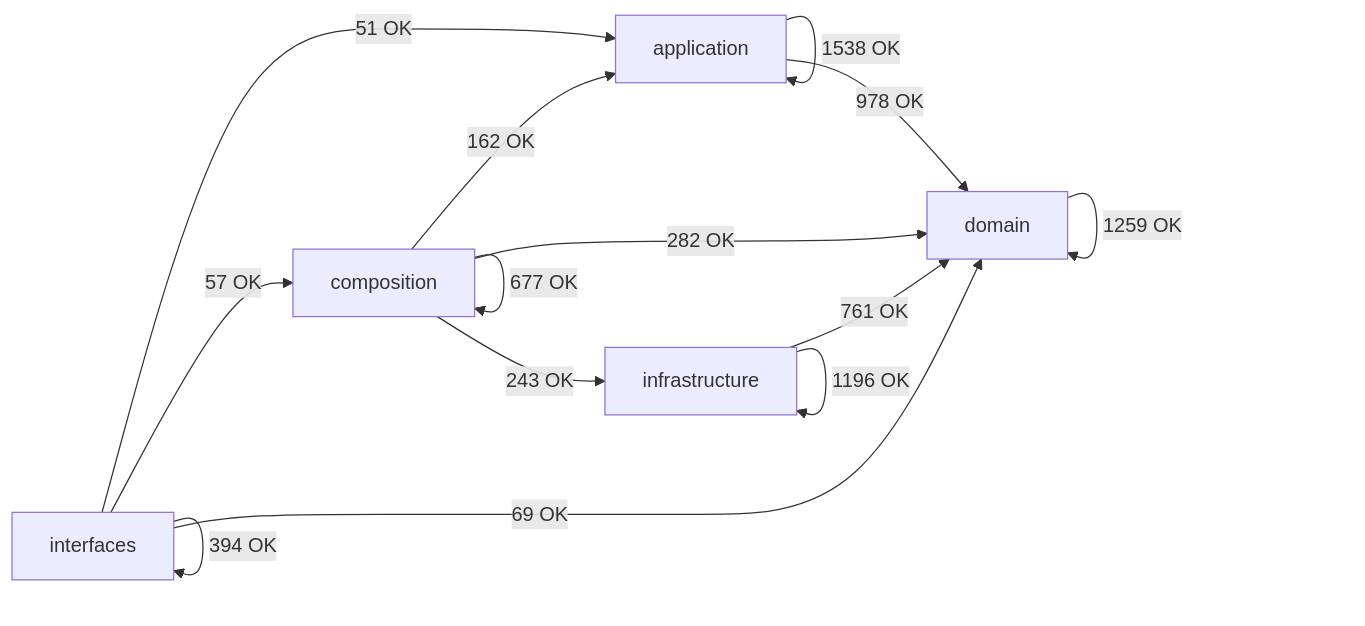
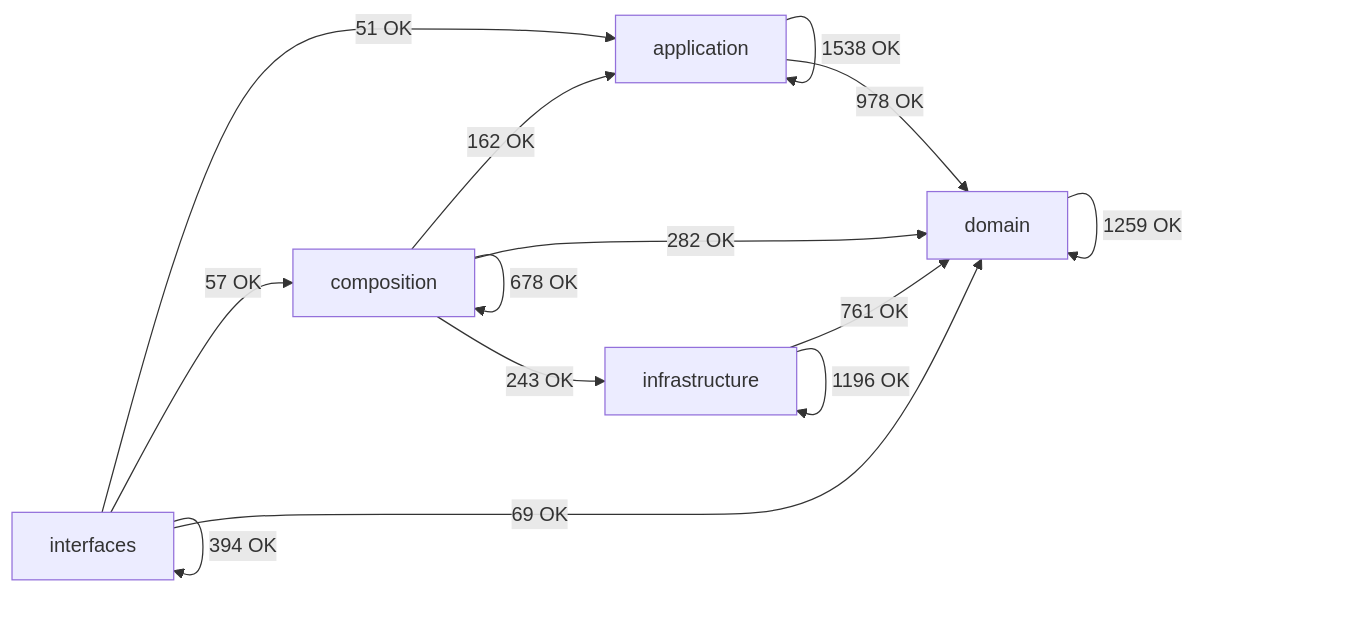
One commit to SatoryKono/BioactivityDataAcquisition changed the diagram in docs/02-architecture/generated/module-dependency-map.md. Above: the diagram before and after it, drawn with Mermaid. The commit also changed other lines of this file and 2 other files, not shown here.

First line of the commit message:
fix(architecture): rebind module-dependency-map fingerprint (#9334)

````diff
--- a/docs/02-architecture/generated/module-dependency-map.md
+++ b/docs/02-architecture/generated/module-dependency-map.md
@@ -17,21 +17,21 @@
 ```mermaid
 flowchart LR
     domain[domain]
     application[application]
     infrastructure[infrastructure]
     composition[composition]
     interfaces[interfaces]
     application -->|1538 OK| application
     application -->|978 OK| domain
     composition -->|162 OK| application
-    composition -->|677 OK| composition
+    composition -->|678 OK| composition
     composition -->|282 OK| domain
     composition -->|243 OK| infrastructure
     domain -->|1259 OK| domain
     infrastructure -->|761 OK| domain
     infrastructure -->|1196 OK| infrastructure
     interfaces -->|51 OK| application
     interfaces -->|57 OK| composition
     interfaces -->|69 OK| domain
     interfaces -->|394 OK| interfaces
 ```
````
